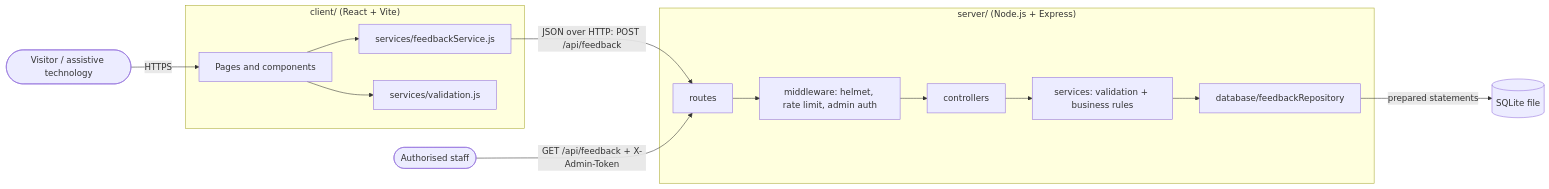
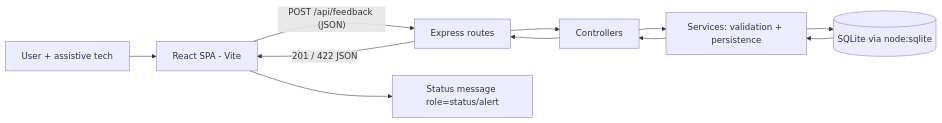
Before and after one commit to renugadeviv07/accessibility-audit: the diagram in docs/architecture.md, drawn with Mermaid. The commit also changed other lines of this file and 7 other files, not shown here.

````diff
--- a/docs/architecture.md
+++ b/docs/architecture.md
@@ -9,24 +7,10 @@
 ```mermaid
 flowchart LR
-    User([Visitor / assistive technology]) -->|HTTPS| Browser
-
-    subgraph Client["client/ (React + Vite)"]
-        Browser[Pages and components]
-        Svc[services/feedbackService.js]
-        Val[services/validation.js]
-        Browser --> Val
-        Browser --> Svc
-    end
-
-    Svc -->|"JSON over HTTP: POST /api/feedback"| Router
-
-    subgraph Server["server/ (Node.js + Express)"]
-        Router[routes] --> MW[middleware: helmet, rate limit, admin auth]
-        MW --> Ctrl[controllers]
-        Ctrl --> Service[services: validation + business rules]
-        Service --> Repo[database/feedbackRepository]
-    end
-
-    Repo -->|prepared statements| DB[(SQLite file)]
-    Admin([Authorised staff]) -->|"GET /api/feedback + X-Admin-Token"| Router
+  U[User + assistive tech] --> C[React SPA - Vite]
+  C -- "POST /api/feedback (JSON)" --> R[Express routes]
+  R --> K[Controllers]
+  K --> S[Services: validation + persistence]
+  S --> D[(SQLite via node:sqlite)]
+  D --> S --> K --> R -- "201 / 422 JSON" --> C
+  C --> M[Status message role=status/alert]
 ```
````
